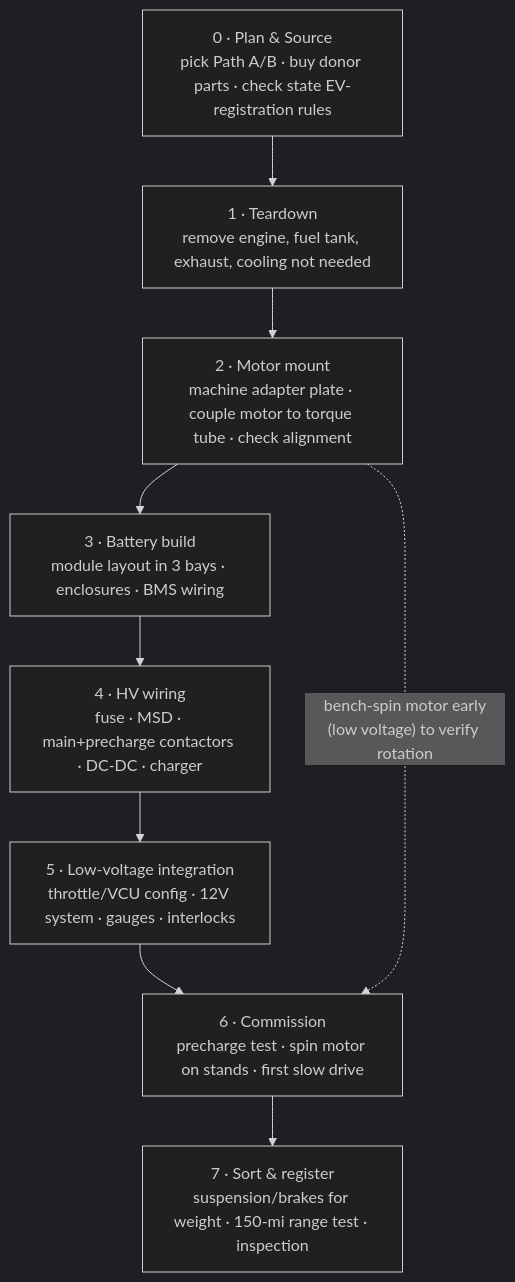
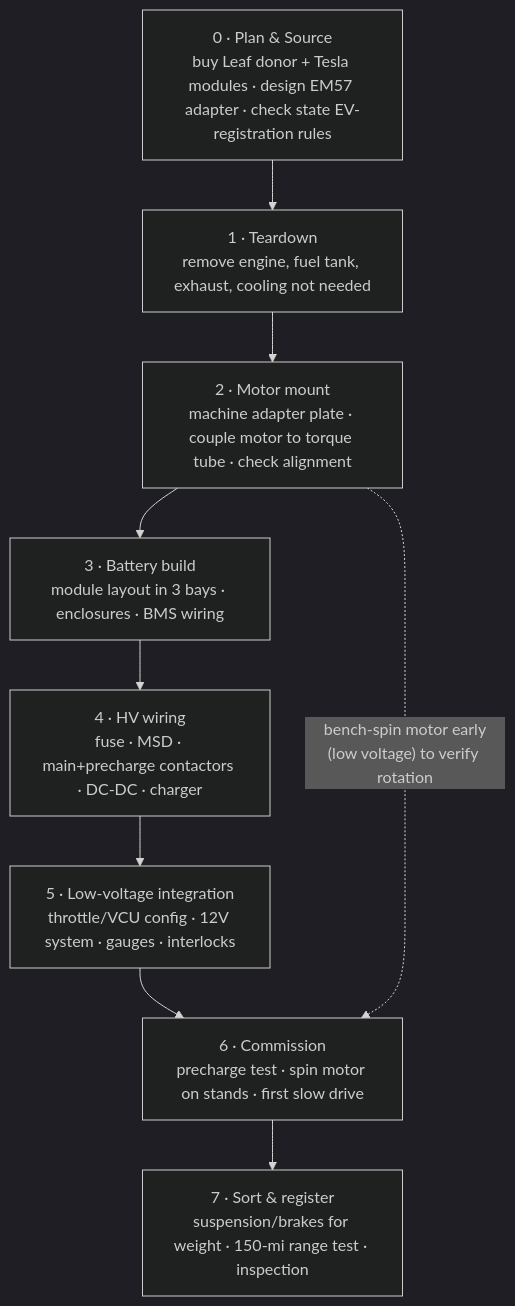
The diagram in docs/build-order.md (travisdetert/porsche-944-ev), drawn with Mermaid (dark theme) before and after one commit. The commit also changed other lines of this file and 7 other files, not shown here.

First line of the commit message:
Collapse docs to the committed Leaf path

````diff
--- a/docs/build-order.md
+++ b/docs/build-order.md
@@ -7,14 +7,14 @@
 ```mermaid
 flowchart TD
-  P0["0 · Plan & Source<br/>pick Path A/B · buy donor parts · check state EV-registration rules"]
+  P0["0 · Plan & Source<br/>buy Leaf donor + Tesla modules · design EM57 adapter · check state EV-registration rules"]
   P1["1 · Teardown<br/>remove engine, fuel tank, exhaust, cooling not needed"]
   P2["2 · Motor mount<br/>machine adapter plate · couple motor to torque tube · check alignment"]
   P3["3 · Battery build<br/>module layout in 3 bays · enclosures · BMS wiring"]
   P4["4 · HV wiring<br/>fuse · MSD · main+precharge contactors · DC-DC · charger"]
   P5["5 · Low-voltage integration<br/>throttle/VCU config · 12V system · gauges · interlocks"]
   P6["6 · Commission<br/>precharge test · spin motor on stands · first slow drive"]
   P7["7 · Sort & register<br/>suspension/brakes for weight · 150-mi range test · inspection"]
 
   P0 --> P1 --> P2 --> P3 --> P4 --> P5 --> P6 --> P7
   P2 -. "bench-spin motor early<br/>(low voltage) to verify rotation" .-> P6
 ```
````
